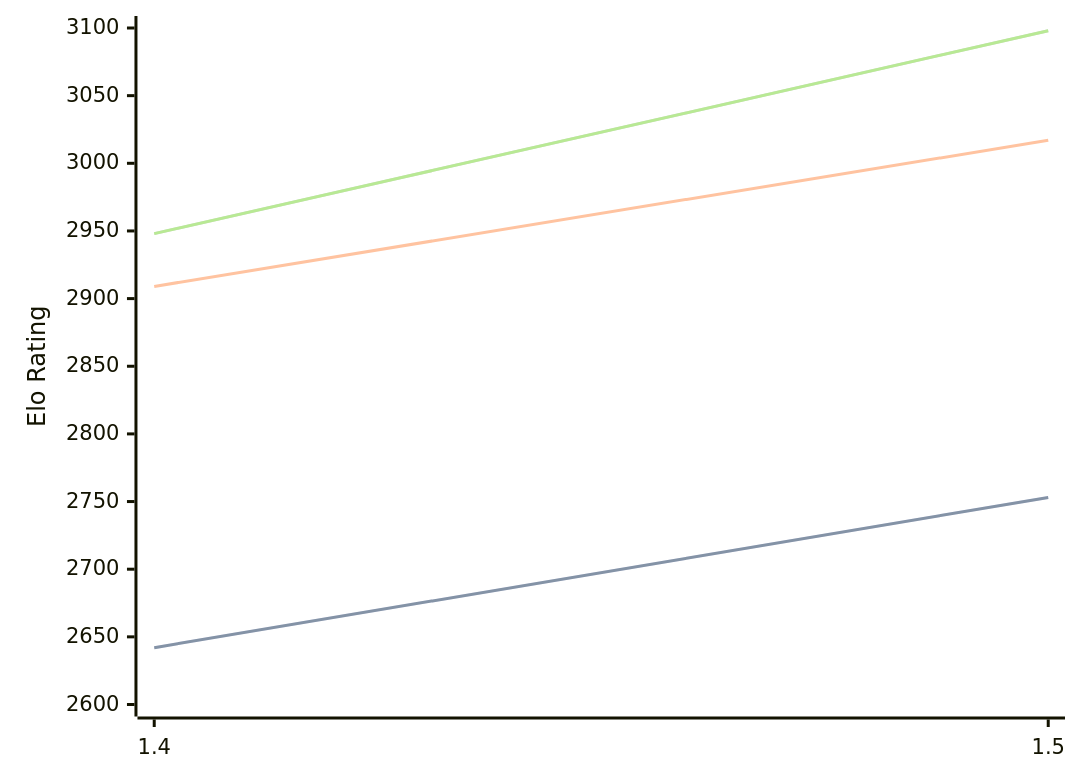
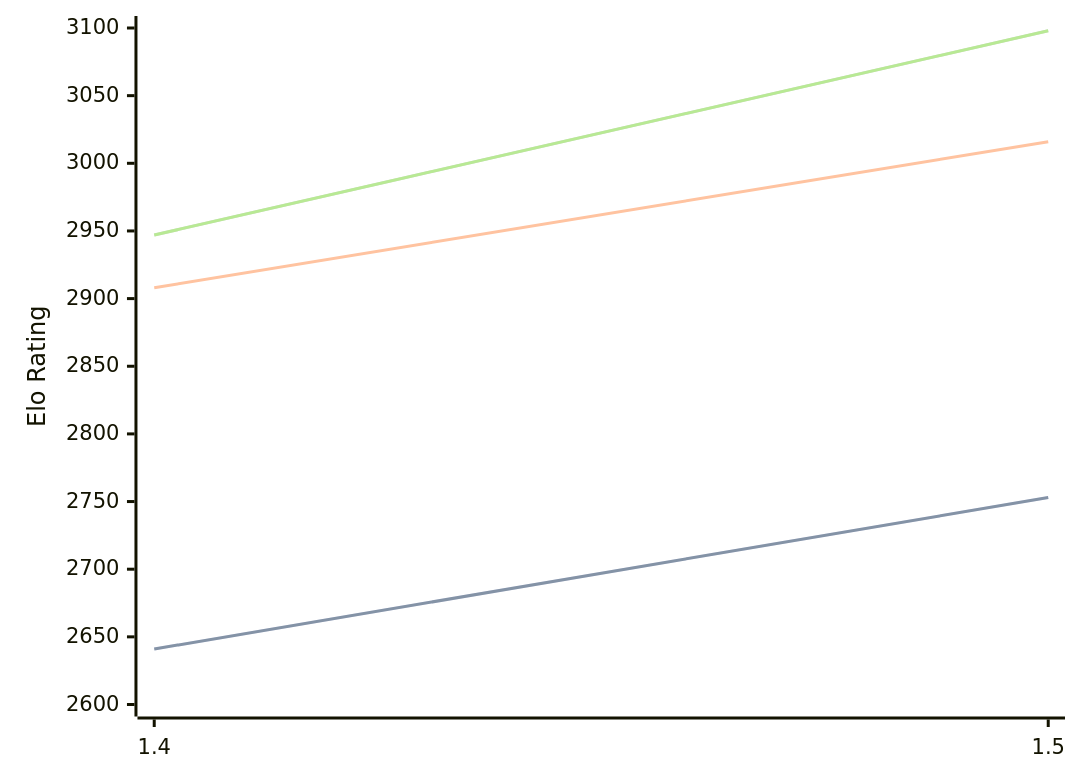
The diagram in engines/Yakka.md (computer-chess-index/cci), drawn with Mermaid before and after one commit. The commit also changed other lines of this file, not shown here.

Commit message:
Update CCI Ratings (ELO VLTC) - 2026-08-04

````diff
--- a/engines/Yakka.md
+++ b/engines/Yakka.md
@@ -36,11 +36,11 @@
 ```mermaid
 %%{init: {"theme":"base","themeVariables":{"seriesColors:['#a3a3a3','#222221','#faa371']}}}%%
 xychart-beta
   x-axis ["1.4", "1.5"]
   y-axis "Elo Rating" 2600 --> 3100
-  line "STC (8.0+0.08s)" [2642, 2753]
-  line "STC (8.0+0.08s)" [2642, 2753]
-  line "LTC (60.0+0.60s)" [2909, 3017]
-  line "VLTC (2m24s+1.12s)" [2948, 3098]
-  line "VLTC (2m24s+1.12s)" [2948, 3098]
+  line "STC (8.0+0.08s)" [2641, 2753]
+  line "STC (8.0+0.08s)" [2641, 2753]
+  line "LTC (60.0+0.60s)" [2908, 3016]
+  line "VLTC (2m24s+1.12s)" [2947, 3098]
+  line "VLTC (2m24s+1.12s)" [2947, 3098]
 ```
````
